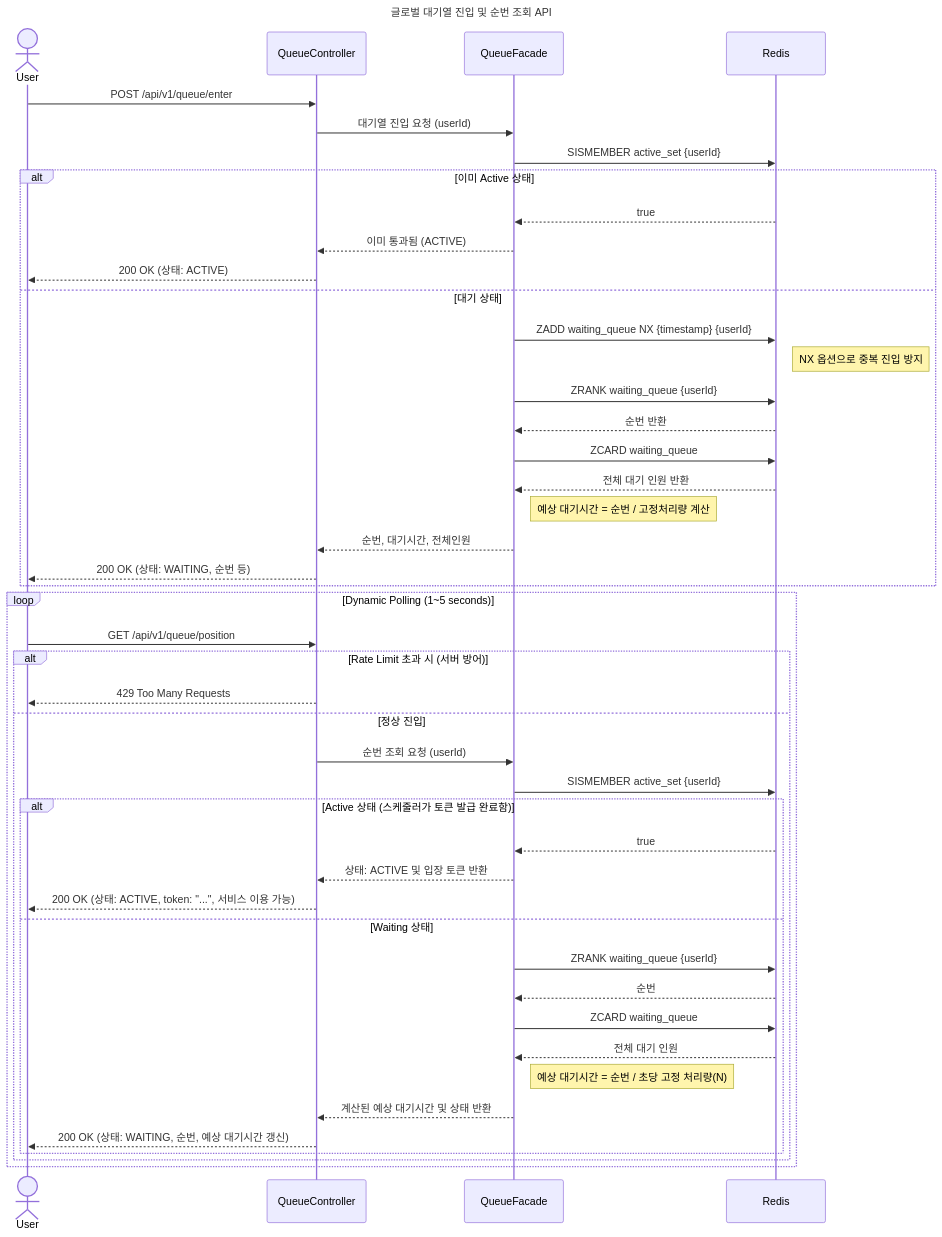
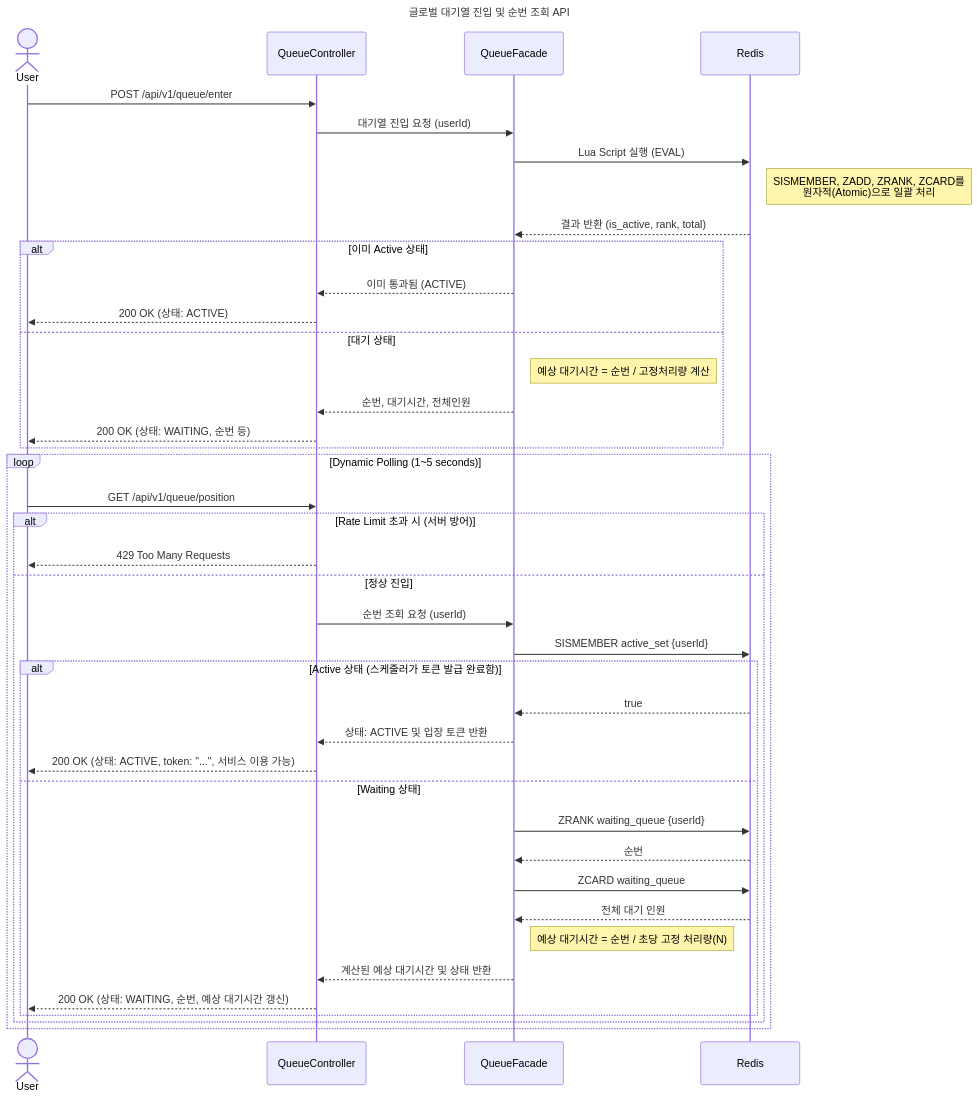
One commit to eelseungmin/loop-pack-be-l2-vol4-java changed diagram 13 of 15 in docs/week2/02-sequence-diagrams.md. Above: the diagram before and after it, drawn with Mermaid. The commit also changed 4 other files, not shown here.

Commit message:
feat: 대기열 진입 원자적 처리(Lua Script) 적용 및 스케줄러 경합 방지 테스트 추가

````diff
--- a/docs/week2/02-sequence-diagrams.md
+++ b/docs/week2/02-sequence-diagrams.md
@@ -549,55 +549,50 @@
 ```mermaid
 sequenceDiagram
     title 글로벌 대기열 진입 및 순번 조회 API
     actor User
     participant Controller as QueueController
     participant Facade as QueueFacade
     participant Redis
 
     %% 1. 대기열 진입
     User->>Controller: POST /api/v1/queue/enter
     Controller->>Facade: 대기열 진입 요청 (userId)
     
-    Facade->>Redis: SISMEMBER active_set {userId}
+    Facade->>Redis: Lua Script 실행 (EVAL)
+    Note right of Redis: SISMEMBER, ZADD, ZRANK, ZCARD를<br/>원자적(Atomic)으로 일괄 처리
+    Redis-->>Facade: 결과 반환 (is_active, rank, total)
     alt 이미 Active 상태
-        Redis-->>Facade: true
         Facade-->>Controller: 이미 통과됨 (ACTIVE)
         Controller-->>User: 200 OK (상태: ACTIVE)
     else 대기 상태
-        Facade->>Redis: ZADD waiting_queue NX {timestamp} {userId}
-        Note right of Redis: NX 옵션으로 중복 진입 방지
-        Facade->>Redis: ZRANK waiting_queue {userId}
-        Redis-->>Facade: 순번 반환
-        Facade->>Redis: ZCARD waiting_queue
-        Redis-->>Facade: 전체 대기 인원 반환
         Note right of Facade: 예상 대기시간 = 순번 / 고정처리량 계산
         Facade-->>Controller: 순번, 대기시간, 전체인원
         Controller-->>User: 200 OK (상태: WAITING, 순번 등)
     end
 
     %% 2. 순번 폴링 조회 (클라이언트 동적 주기)
     loop Dynamic Polling (1~5 seconds)
         User->>Controller: GET /api/v1/queue/position
         
         alt Rate Limit 초과 시 (서버 방어)
             Controller-->>User: 429 Too Many Requests
         else 정상 진입
             Controller->>Facade: 순번 조회 요청 (userId)
             
             Facade->>Redis: SISMEMBER active_set {userId}
             alt Active 상태 (스케줄러가 토큰 발급 완료함)
                 Redis-->>Facade: true
                 Facade-->>Controller: 상태: ACTIVE 및 입장 토큰 반환
                 Controller-->>User: 200 OK (상태: ACTIVE, token: "...", 서비스 이용 가능)
             else Waiting 상태
                 Facade->>Redis: ZRANK waiting_queue {userId}
                 Redis-->>Facade: 순번
                 Facade->>Redis: ZCARD waiting_queue
                 Redis-->>Facade: 전체 대기 인원
                 Note right of Facade: 예상 대기시간 = 순번 / 초당 고정 처리량(N)
                 Facade-->>Controller: 계산된 예상 대기시간 및 상태 반환
                 Controller-->>User: 200 OK (상태: WAITING, 순번, 예상 대기시간 갱신)
             end
         end
     end
 ```
````
